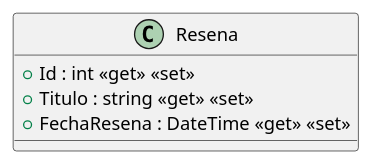
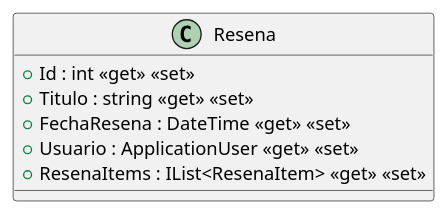
One commit to ISII2627SoftwareEngineers/ISII2627SoftwareEngineers changed the diagram in src/AppForSEII.API/ClassDiagram/Resena.puml. Above: the diagram before and after it, drawn with PlantUML. The commit also changed 12 other files, not shown here.

Commit message:
Añadido diagrama UML y relaciones del CU Reseñar Libros

```diff
--- a/src/AppForSEII.API/ClassDiagram/Resena.puml
+++ b/src/AppForSEII.API/ClassDiagram/Resena.puml
@@ -1,7 +1,9 @@
 @startuml
 class Resena {
     + Id : int <<get>> <<set>>
     + Titulo : string <<get>> <<set>>
     + FechaResena : DateTime <<get>> <<set>>
+    + Usuario : ApplicationUser <<get>> <<set>>
+    + ResenaItems : IList<ResenaItem> <<get>> <<set>>
 }
 @enduml
```
